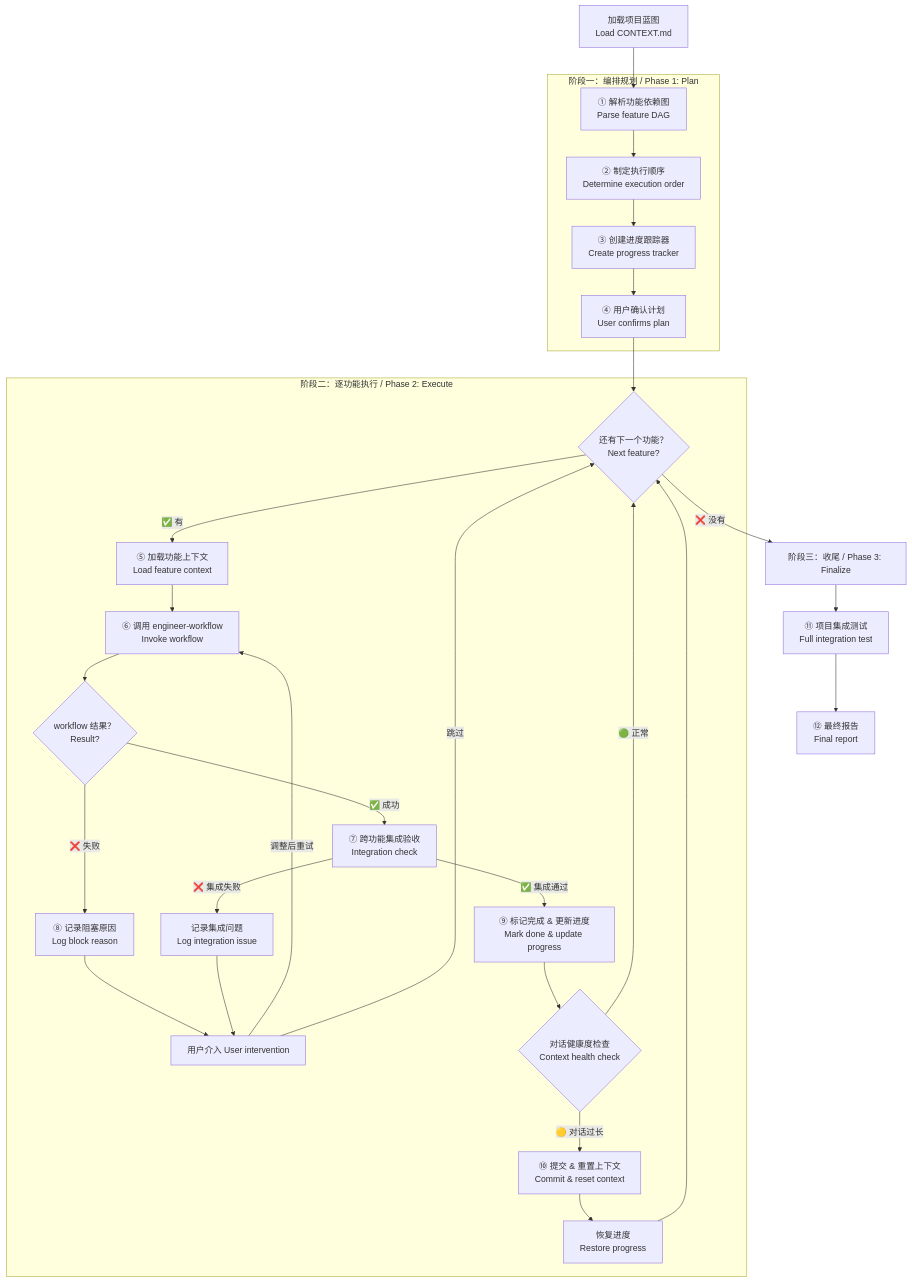
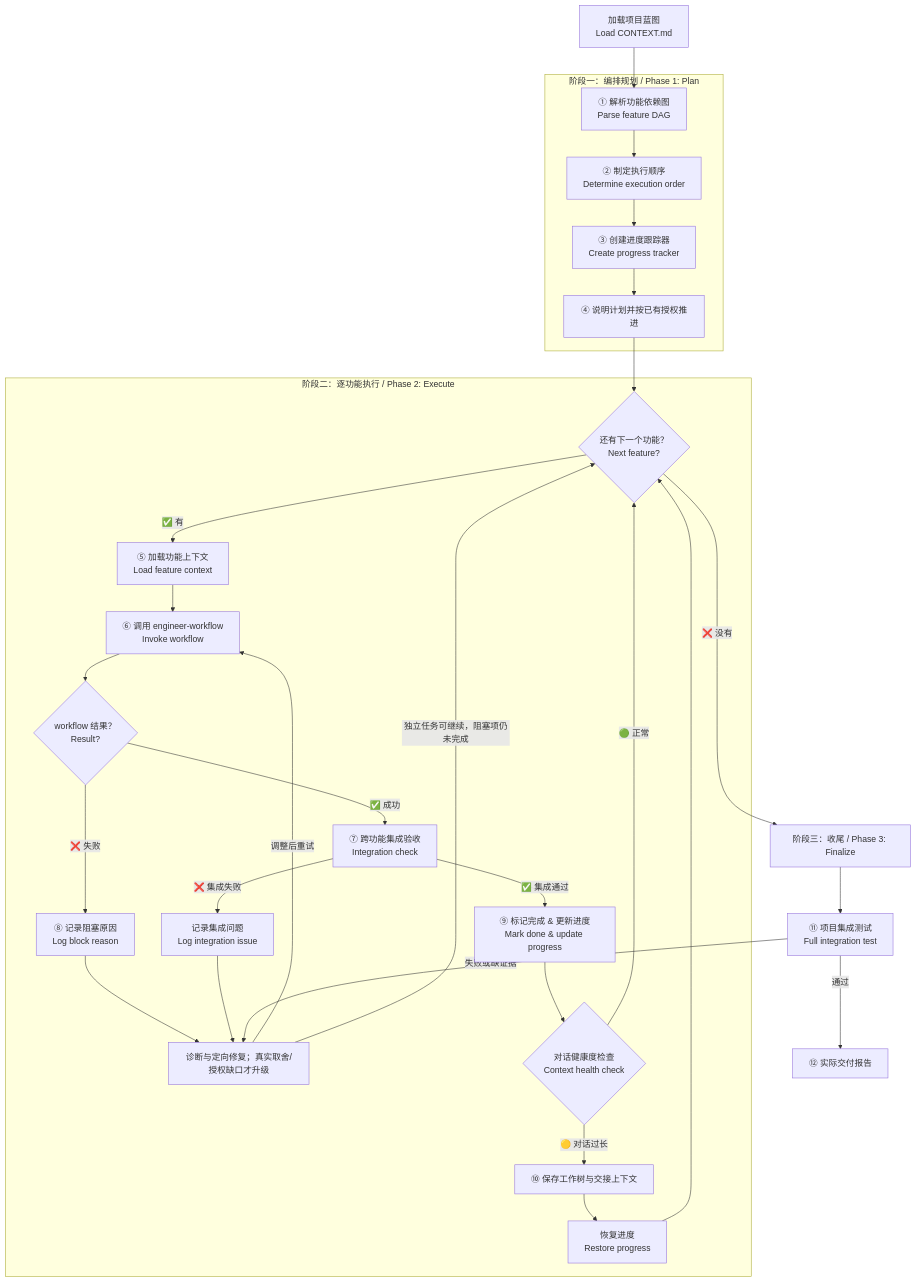
The first of 2 diagrams in skills/engineer-orchestrator/SKILL.md (iannil/skills), drawn with Mermaid before and after one commit. The commit also changed other lines of this file and 20 other files, not shown here.

````diff
--- a/skills/engineer-orchestrator/SKILL.md
+++ b/skills/engineer-orchestrator/SKILL.md
@@ -136,34 +125,35 @@
 ```mermaid
 graph TD
     START["加载项目蓝图<br/>Load CONTEXT.md"] --> A
     
     subgraph "阶段一：编排规划 / Phase 1: Plan"
         A["① 解析功能依赖图<br/>Parse feature DAG"] --> B["② 制定执行顺序<br/>Determine execution order"]
         B --> C["③ 创建进度跟踪器<br/>Create progress tracker"]
-        C --> D["④ 用户确认计划<br/>User confirms plan"]
+        C --> D["④ 说明计划并按已有授权推进"]
     end
     
     subgraph "阶段二：逐功能执行 / Phase 2: Execute"
         D --> E{"还有下一个功能？<br/>Next feature?"}
         E -->|"✅ 有"| F["⑤ 加载功能上下文<br/>Load feature context"]
         F --> G["⑥ 调用 engineer-workflow<br/>Invoke workflow"]
         G --> H{"workflow 结果？<br/>Result?"}
         H -->|"✅ 成功"| I["⑦ 跨功能集成验收<br/>Integration check"]
         H -->|"❌ 失败"| J["⑧ 记录阻塞原因<br/>Log block reason"]
-        J --> K["用户介入 User intervention"]
+        J --> K["诊断与定向修复；真实取舍/授权缺口才升级"]
         K -->|"调整后重试"| G
-        K -->|"跳过"| E
+        K -->|"独立任务可继续，阻塞项仍未完成"| E
         I -->|"✅ 集成通过"| L["⑨ 标记完成 & 更新进度<br/>Mark done & update progress"]
         I -->|"❌ 集成失败"| M["记录集成问题<br/>Log integration issue"]
         M --> K
         L --> N{"对话健康度检查<br/>Context health check"}
         N -->|"🟢 正常"| E
-        N -->|"🟡 对话过长"| O["⑩ 提交 & 重置上下文<br/>Commit & reset context"]
+        N -->|"🟡 对话过长"| O["⑩ 保存工作树与交接上下文"]
         O --> P["恢复进度<br/>Restore progress"]
         P --> E
     end
     
     E -->|"❌ 没有"| Q["阶段三：收尾 / Phase 3: Finalize"]
     Q --> R["⑪ 项目集成测试<br/>Full integration test"]
-    R --> S["⑫ 最终报告<br/>Final report"]
+    R -->|"通过"| S["⑫ 实际交付报告"]
+    R -->|"失败或缺证据"| K
 ```
````
